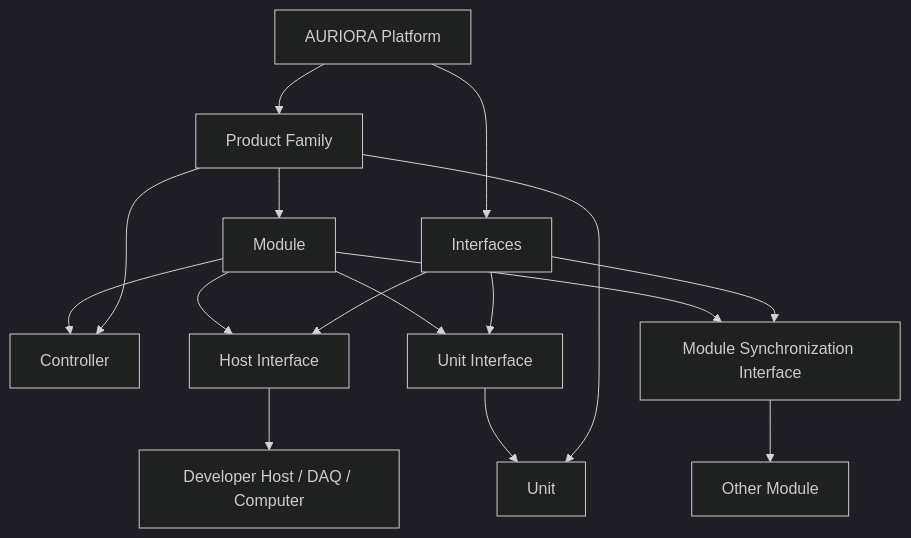
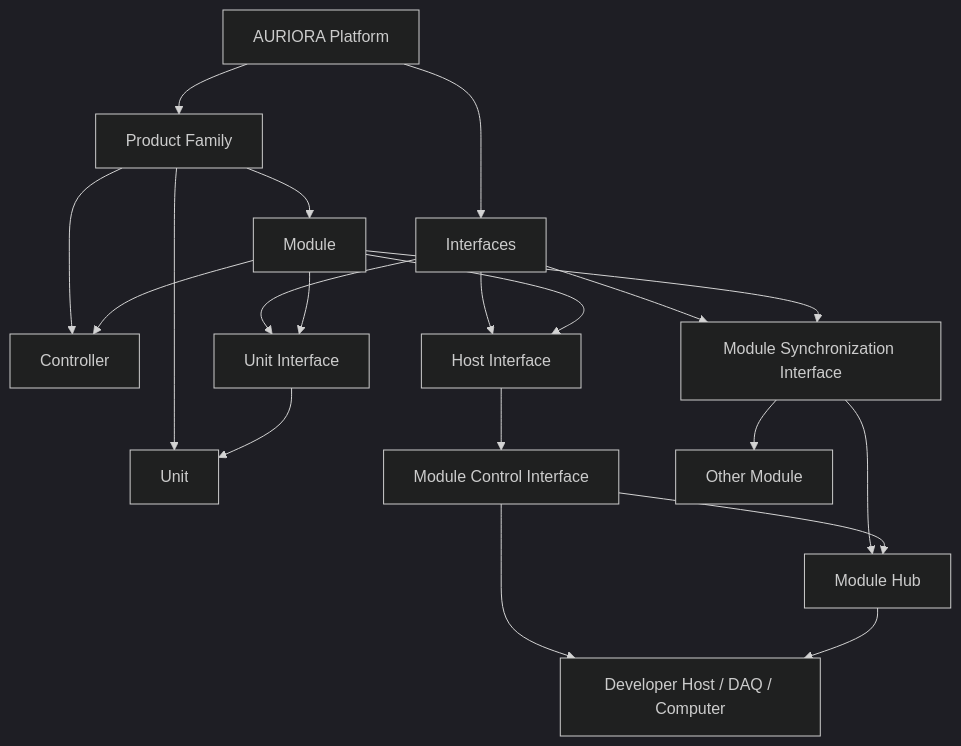
One commit to auriora-org/auriora-engineering-standard changed the first of 2 diagrams in STANDARD.md. Above: the diagram before and after it, drawn with Mermaid (dark theme). The commit also changed other lines of this file and 7 other files, not shown here.

````diff
--- a/STANDARD.md
+++ b/STANDARD.md
@@ -94,30 +94,36 @@
 ```mermaid
 flowchart TB
     Platform[AURIORA Platform]
     Family[Product Family]
     Module[Module]
     Controller[Controller]
     Unit[Unit]
     Interfaces[Interfaces]
     Host[Host Interface]
+    MCI[Module Control Interface]
     UI[Unit Interface]
     SYNC[Module Synchronization Interface]
+    Hub[Module Hub]
     Peer[Other Module]
     External[Developer Host / DAQ / Computer]
 
     Platform --> Family
     Platform --> Interfaces
     Family --> Module
     Family --> Controller
     Family --> Unit
     Interfaces --> Host
     Interfaces --> UI
     Interfaces --> SYNC
+    Host --> MCI
     Module --> Controller
     Module --> Host
     Module --> UI
     Module --> SYNC
     UI --> Unit
     SYNC --> Peer
-    Host --> External
+    SYNC --> Hub
+    MCI --> Hub
+    MCI --> External
+    Hub --> External
 ```
````
